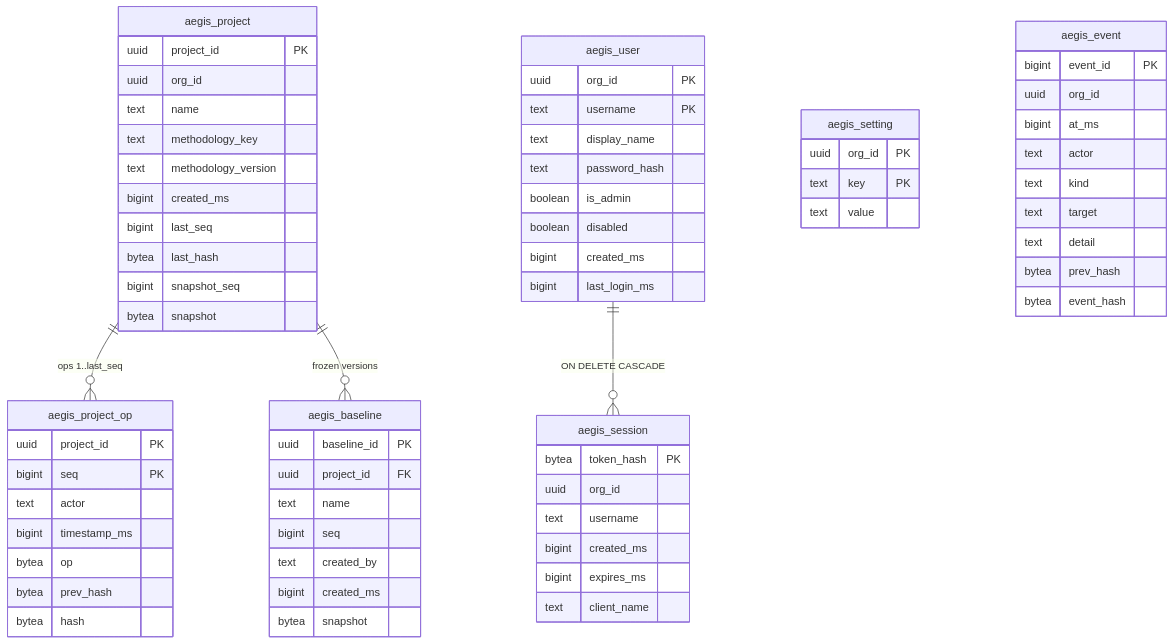
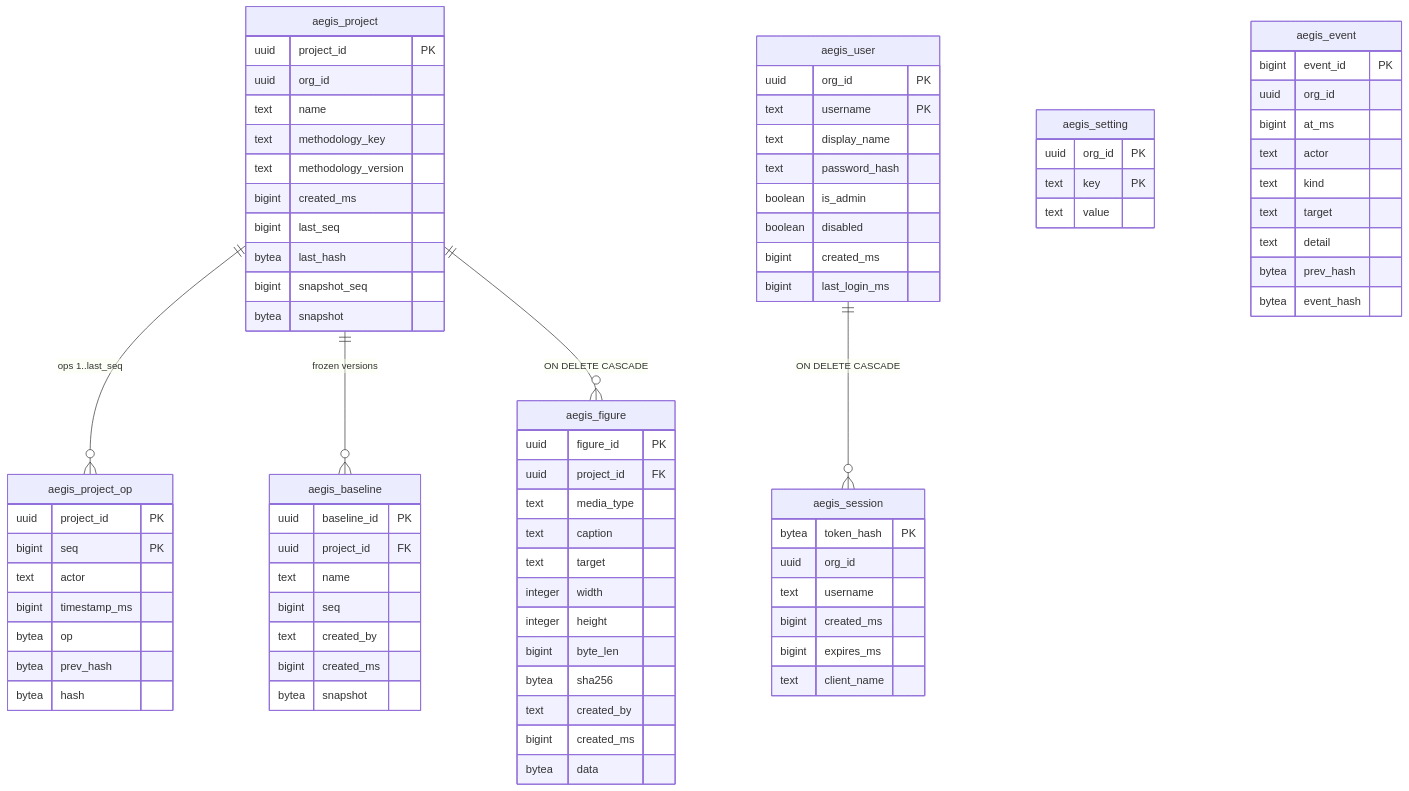
Before and after one commit to eNipu/AegisTARA: diagram 18 of 28 in docs/architecture.md, drawn with Mermaid. The commit also changed other lines of this file and 97 other files, not shown here.

```diff
--- a/docs/architecture.md
+++ b/docs/architecture.md
@@ -1482,6 +1487,7 @@
 erDiagram
     aegis_project ||--o{ aegis_project_op : "ops 1..last_seq"
     aegis_project ||--o{ aegis_baseline : "frozen versions"
+    aegis_project ||--o{ aegis_figure : "ON DELETE CASCADE"
     aegis_user ||--o{ aegis_session : "ON DELETE CASCADE"
     aegis_project {
         uuid project_id PK
@@ -1512,6 +1518,20 @@
         text created_by
         bigint created_ms
         bytea snapshot
+    }
+    aegis_figure {
+        uuid figure_id PK
+        uuid project_id FK
+        text media_type
+        text caption
+        text target
+        integer width
+        integer height
+        bigint byte_len
+        bytea sha256
+        text created_by
+        bigint created_ms
+        bytea data
     }
     aegis_user {
         uuid org_id PK
```
